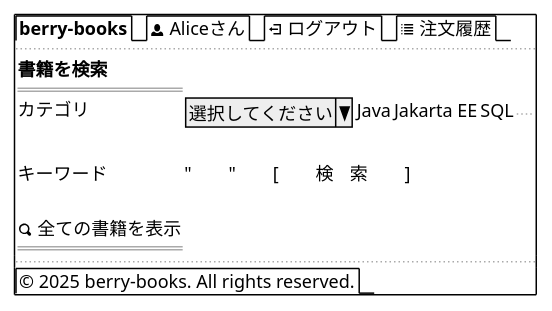
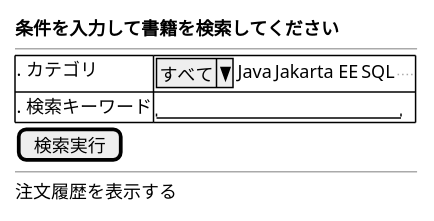
Before and after one commit to KenyaSaitoh/ai_dev_training_202512: the first of 2 diagrams in projects/java/berry-books-mvc-sdd/specs/baseline/features/F_001_book_search/screen_design.md, drawn with PlantUML. The commit also changed other lines of this file and 99 other files, not shown here.

````diff
--- a/projects/java/berry-books-mvc-sdd/specs/baseline/features/F_001_book_search/screen_design.md
+++ b/projects/java/berry-books-mvc-sdd/specs/baseline/features/F_001_book_search/screen_design.md
@@ -25,20 +25,15 @@
 ```plantuml
 @startsalt
-{+
-  {/ <b>berry-books</b> | <&person> Aliceさん | <&account-logout> ログアウト | <&list> 注文履歴 }
-  ..
-  {
-    <b>書籍を検索</b>
-    ==
-    カテゴリ | { ^選択してください^ | Java | Jakarta EE | SQL | ... }
-    .
-    キーワード | "                              " [  検索  ]
-    .
-    <&magnifying-glass> 全ての書籍を表示
-    ==
+{
+  <b>条件を入力して書籍を検索してください</b>
+  --
+  {#
+    . カテゴリ       | { ^すべて^ | Java | Jakarta EE | SQL | ... }
+    . 検索キーワード  | "                    "
   }
-  ..
-  {/ © 2025 berry-books. All rights reserved. }
+  [  検索実行  ]
+  --
+  注文履歴を表示する
 }
 @endsalt
 ```
````
